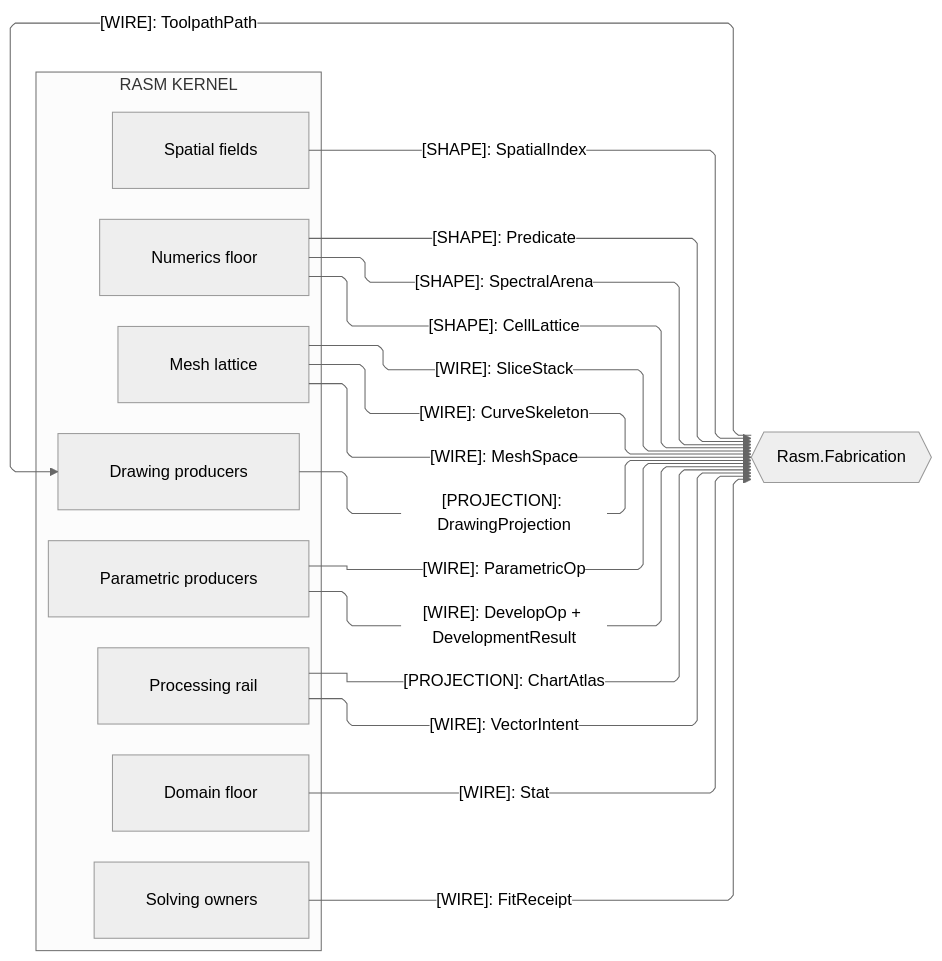
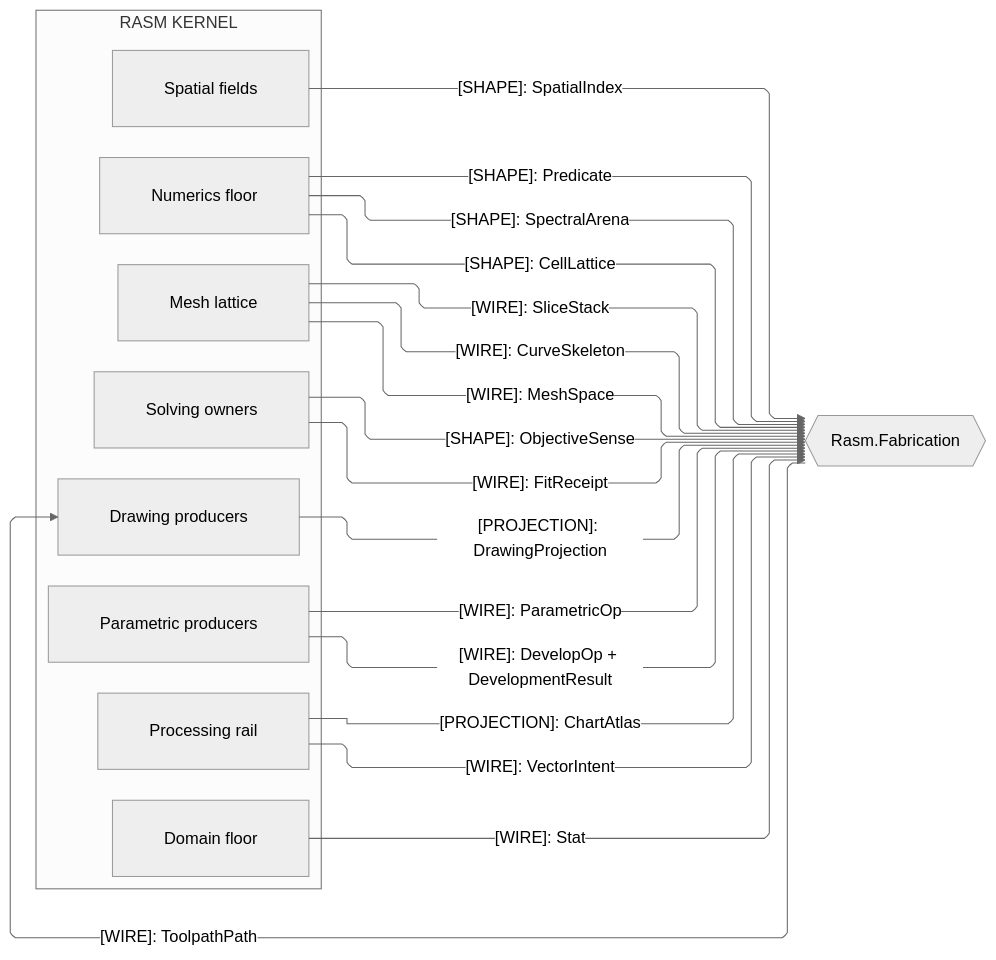
Before and after one commit to bsamiee/Rasm: the third of 4 diagrams in libs/csharp/Rasm/ARCHITECTURE.md, drawn with Mermaid (neutral theme). The commit also changed other lines of this file and 55 other files, not shown here.

````diff
--- a/libs/csharp/Rasm/ARCHITECTURE.md
+++ b/libs/csharp/Rasm/ARCHITECTURE.md
@@ -251,38 +254,39 @@
 ```mermaid
 ---
 config:
   layout: elk
   flowchart:
     curve: linear
     padding: 25
 ---
 flowchart LR
     accTitle: Kernel fabrication seams
     accDescr: Kernel owners projecting substrate, algorithm, and drawing shapes to the fabrication peer and reading its posted toolpath pack back.
     subgraph rasm[RASM KERNEL]
         Domain[Domain floor]
         Spatial[Spatial fields]
         Numerics[Numerics floor]
         Meshing[Mesh lattice]
         Parametric[Parametric producers]
         Processing[Processing rail]
         Solving[Solving owners]
         Drawing[Drawing producers]
     end
     Fabrication{{Rasm.Fabrication}}
     Spatial e1@-->|"[SHAPE]: SpatialIndex"| Fabrication
     Numerics e2@-->|"[SHAPE]: Predicate"| Fabrication
     Numerics e3@-->|"[SHAPE]: SpectralArena"| Fabrication
     Numerics e4@-->|"[SHAPE]: CellLattice"| Fabrication
     Meshing e5@-->|"[WIRE]: SliceStack"| Fabrication
     Meshing e6@-->|"[WIRE]: CurveSkeleton"| Fabrication
     Parametric e7@-->|"[WIRE]: ParametricOp"| Fabrication
     Processing e8@-->|"[PROJECTION]: ChartAtlas"| Fabrication
     Drawing e9@-->|"[PROJECTION]: DrawingProjection"| Fabrication
     Meshing e10@-->|"[WIRE]: MeshSpace"| Fabrication
     Parametric e11@-->|"[WIRE]: DevelopOp + DevelopmentResult"| Fabrication
     Processing e12@-->|"[WIRE]: VectorIntent"| Fabrication
     Domain e13@-->|"[WIRE]: Stat"| Fabrication
     Solving e14@-->|"[WIRE]: FitReceipt"| Fabrication
     Fabrication e15@-->|"[WIRE]: ToolpathPath"| Drawing
+    Solving e16@-->|"[SHAPE]: ObjectiveSense"| Fabrication
 ```
````
